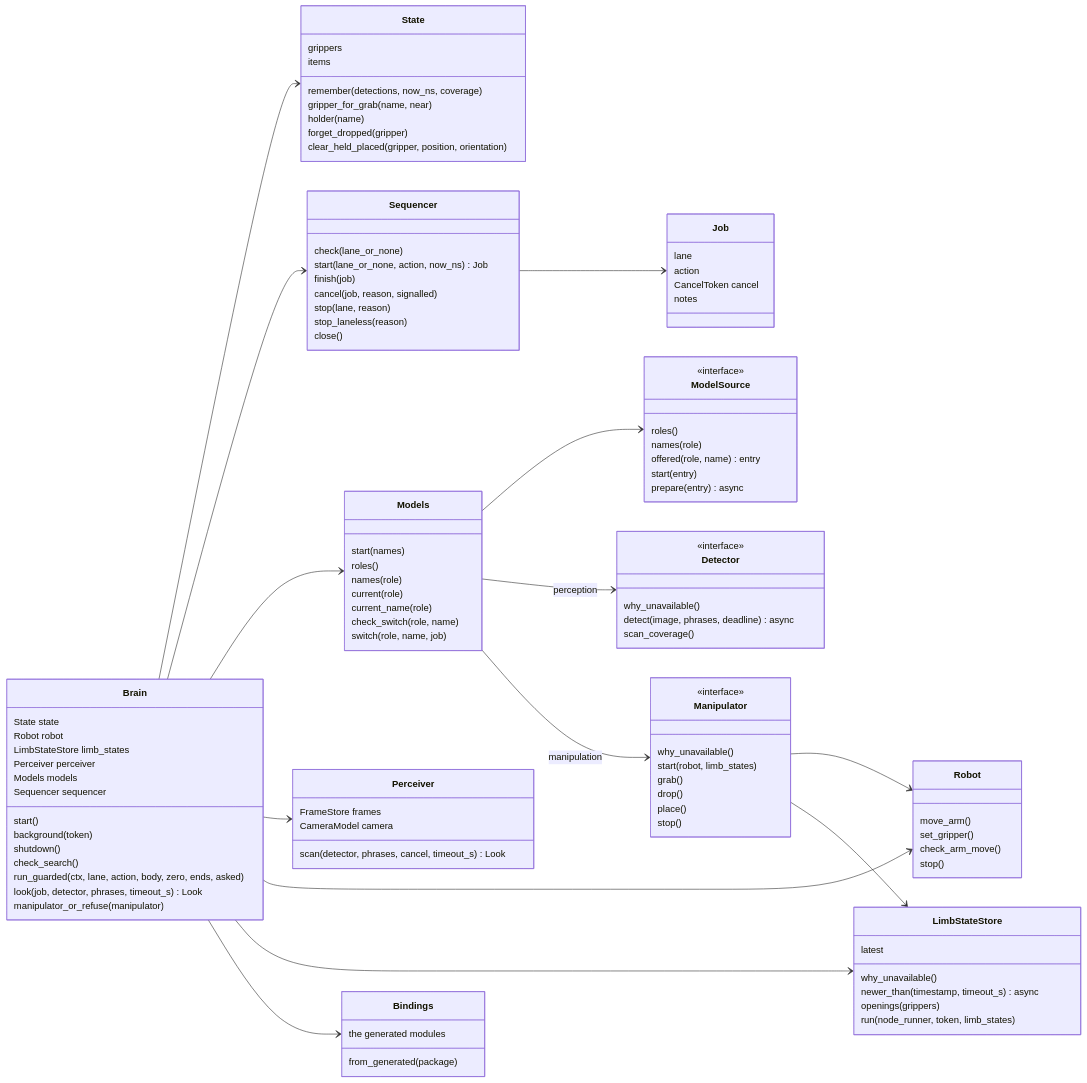
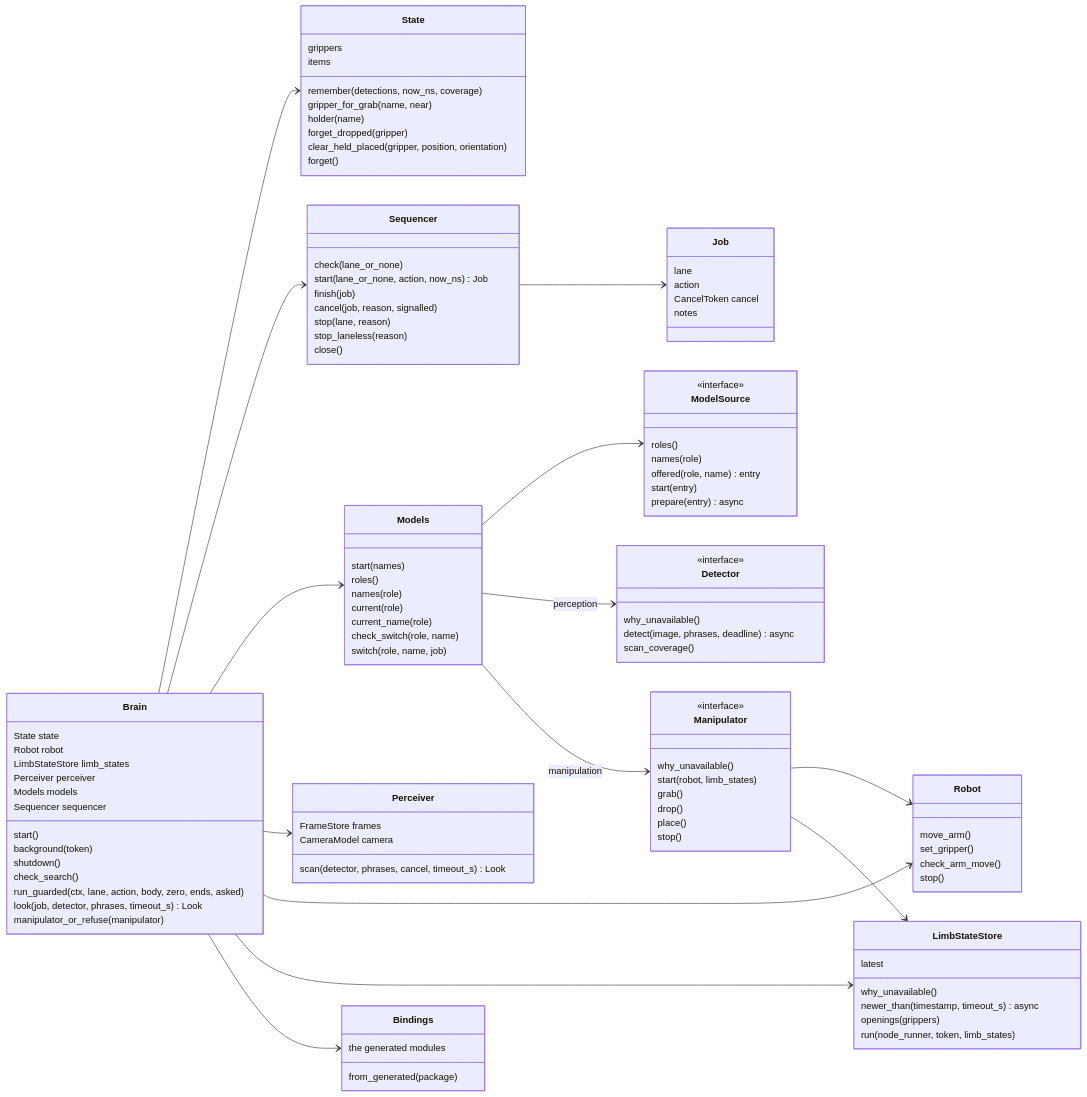
Before and after one commit to Peppy-bot/public-peppy-libs: the second of 5 diagrams in brain_core/README.md, drawn with Mermaid. The commit also changed other lines of this file and 8 other files, not shown here.

```diff
--- a/brain_core/README.md
+++ b/brain_core/README.md
@@ -157,6 +157,7 @@
         holder(name)
         forget_dropped(gripper)
         clear_held_placed(gripper, position, orientation)
+        forget()
     }
     class Sequencer {
         check(lane_or_none)
```
